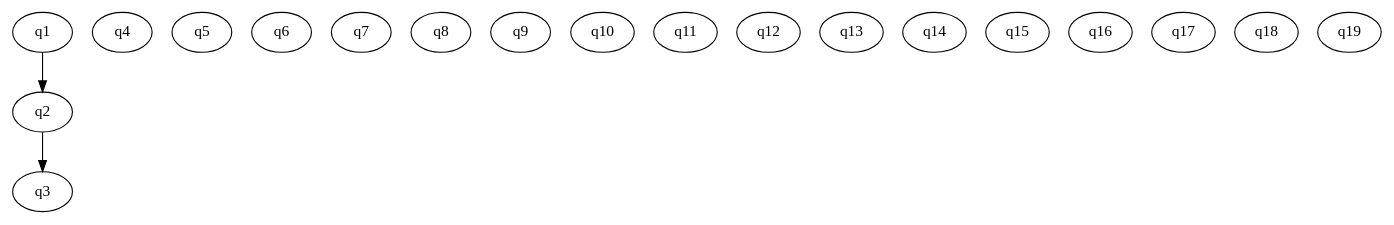
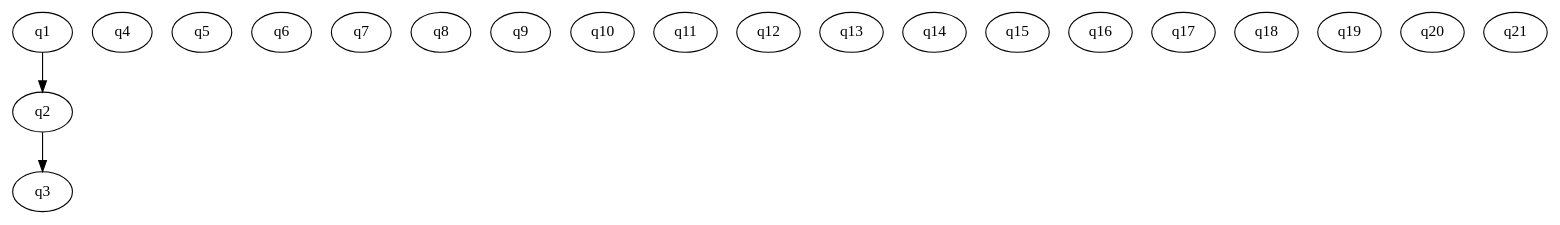
Before and after one commit to cdurden/algebra742: the diagram in algebra742live/content/question_digraphs/ch5.dot, drawn with Graphviz. The commit also changed 1 other file, not shown here.

Commit message:
CompleteTableQuestion

```diff
--- a/algebra742live/content/question_digraphs/ch5.dot
+++ b/algebra742live/content/question_digraphs/ch5.dot
@@ -1,23 +1,25 @@
 digraph ch5 {
   start=q1;
   q1 [class="Question.SolutionQuestion",params="{'statement': 'x+3>70'}"];
   q2 [class="Question.SolutionQuestion",params="{'statement': 'x+3<70'}"];
   q3 [class="Question.SolutionQuestion",params="{'statement': '5x<2'}"];
   q4 [class="Question.SolutionQuestion",params="{'statement': '-5x<2'}"];
   q5 [class="Question.NonSolutionQuestion",params="{'statement': 'x+3>70'}"];
   q6 [class="Question.NonSolutionQuestion",params="{'statement': 'x+3<70'}"];
   q7 [class="Question.NonSolutionQuestion",params="{'statement': '5x<2'}"];
   q8 [class="Question.NonSolutionQuestion",params="{'statement': '-5x<2'}"];
   q9 [class="Question.SolutionQuestion",params="{'statement': '-3x>18'}"];
   q10 [class="Question.OpenEndedQuestion",params="{'Question': 'How are the solutions to the inequality $-3x \\ge 18$ different from the solutions to $-3x>18$? Explain your reasoning.'}"];
   q11 [class="Question.AsyGraphicsDrawingQuestion",params="{'template': 'NumberLine.asy', 'min':'-8', 'max':'8', 'Question': 'Where are $-5$ and $2$ relative to each other?'}"];
   q12 [class="Question.DotGraphicsQuestion",params="{'template': 'ch5.dot'}"];
   q13 [class="Question.MultiPartQuestion",params="{'parts': [{'class':'Question.SolutionQuestion', 'params': {'statement': 'x+3>70'}}, {'class':'Question.SolutionQuestion', 'params': {'statement': 'x+3<70'}}, {'class':'Question.SolutionQuestion', 'params': {'statement': '5x<2'}}, {'class':'Question.SolutionQuestion', 'params': {'statement': '-5x<2'}}]}"];
   q14 [class="Question.AsyGraphicsQuestion",params="{'template': 'NumberLine.asy', 'min':'-3', 'max':'8', 'Question': ''}"];
   q15 [class="Question.AsyGraphicsQuestion",params="{'template': 'NumberLine.asy', 'min':'-3', 'max':'20', 'Question': ''}"];
   q16 [class="Question.AsyGraphicsQuestion",params="{'template': 'NumberLine.asy', 'min':'-3', 'max':'10', 'Question': ''}"];
   q17 [class="Question.DrawingQuestion",params="{'background_image_url': '/static/images/NumberLineNoLabels.png','Question': 'Graph the solutions to the inequality $-x \\geq -4$ on the number line:'}"];
   q18 [class="Question.CompleteTableQuestion",params="{'csv': 'a,b,c\n1,[2],3\n4,[5],6\n','Question': 'Complete the table','transpose_display': 'True'}"];
   q19 [class="Question.CompleteTableDraggableQuestion",params="{'csv': '$x$,$-x$,True or false: $-x \\geq -4$\n3,[-3],[True]\n-3,[3],[True]\n4,[-4],[True]\n-4,[4],[True]\n4.001,[-4.001],[False]\n-4.001,[4.001],[True]\n','Question': 'Complete the table','transpose_display': 'True','blocks':[3,4,-3,-4,4.001,-4.001,'True','False']}"];
+  q20 [class="Question.CompleteTableQuestion",params="{'csv': '$x$,$x-3$\n-4,-7\n-3,[-6]\n-2,-5\n-1,[-4]\n0,[-3]\n1,[-2]\n2,-1\n3,[0]\n4,1','Question': 'Complete the table','transpose_display': 'True'}"];
+  q21 [class="Question.CompleteTableQuestion",params="{'csv': '$x$,$2x$\n-4,[-8]\n-3,[-6]\n-2,[-4]\n-1,[-2]\n0,[0]\n1,[2]\n2,[4]\n3,[6]\n4,[8]','Question': 'Complete the table','transpose_display': 'True'}"];
   q1 -> q2 -> q3;
 }
```
